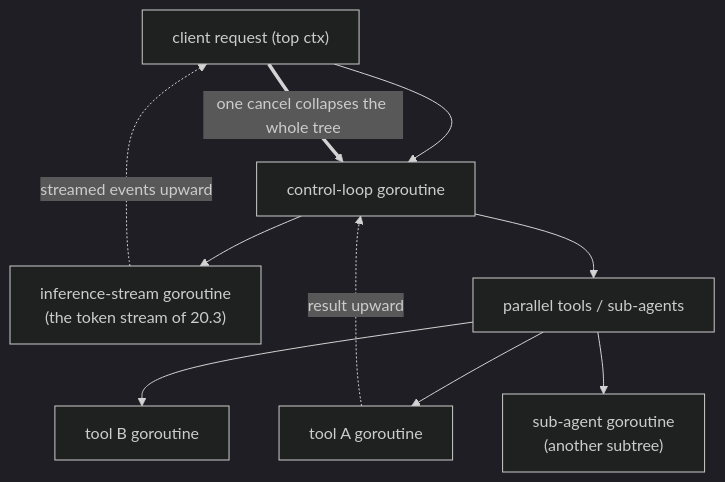
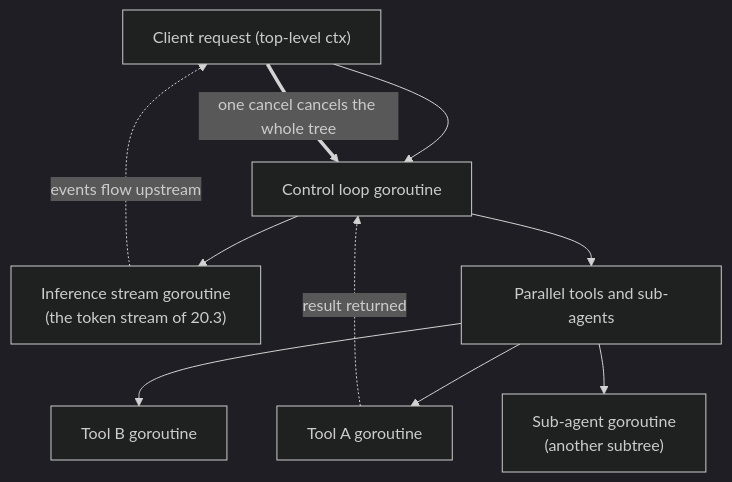
One commit to golang-design/under-the-hood changed the diagram in book/en-us/part6hetero/ch21agent/stream.md. Above: the diagram before and after it, drawn with Mermaid (dark theme). The commit also changed other lines of this file and 18 other files, not shown here.

````diff
--- a/book/en-us/part6hetero/ch21agent/stream.md
+++ b/book/en-us/part6hetero/ch21agent/stream.md
@@ -71,12 +389,12 @@
 ```mermaid
 flowchart TD
-    client["client request (top ctx)"] --> loop["control-loop goroutine"]
-    loop --> infer["inference-stream goroutine<br/>(the token stream of 20.3)"]
-    loop --> fan["parallel tools / sub-agents"]
-    fan --> t1["tool A goroutine"]
-    fan --> t2["tool B goroutine"]
-    fan --> sub["sub-agent goroutine<br/>(another subtree)"]
-    infer -. "streamed events upward" .-> client
-    t1 -. "result upward" .-> loop
-    client == "one cancel collapses the whole tree" ==> loop
+    client["Client request (top-level ctx)"] --> loop["Control loop goroutine"]
+    loop --> infer["Inference stream goroutine<br/>(the token stream of 20.3)"]
+    loop --> fan["Parallel tools and sub-agents"]
+    fan --> t1["Tool A goroutine"]
+    fan --> t2["Tool B goroutine"]
+    fan --> sub["Sub-agent goroutine<br/>(another subtree)"]
+    infer -. "events flow upstream" .-> client
+    t1 -. "result returned" .-> loop
+    client == "one cancel cancels the whole tree" ==> loop
 ```
````
